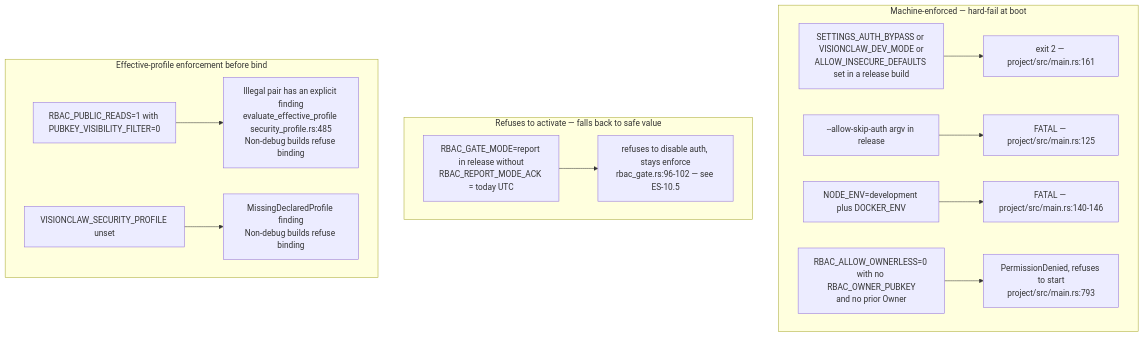
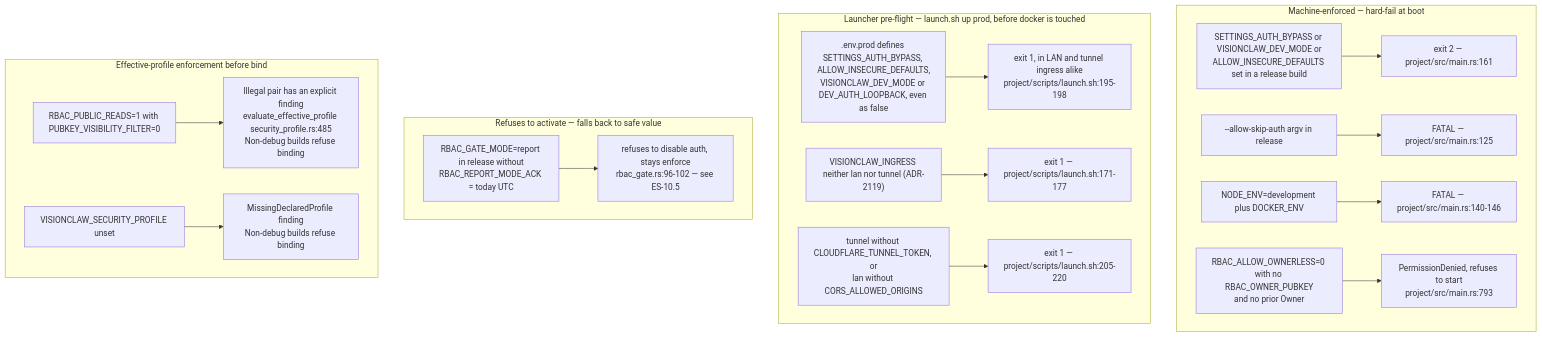
Before and after one commit to DreamLab-AI/VisionFlow: the fourth of 10 diagrams in docs/diagrams/estate/10-deployment-and-security-profiles.md, drawn with Mermaid. The commit also changed other lines of this file and 31 other files, not shown here.

````diff
--- a/docs/diagrams/estate/10-deployment-and-security-profiles.md
+++ b/docs/diagrams/estate/10-deployment-and-security-profiles.md
@@ -163,31 +167,42 @@
 ```mermaid
 flowchart TB
     subgraph hard["Machine-enforced — hard-fail at boot"]
         H1["SETTINGS_AUTH_BYPASS or VISIONCLAW_DEV_MODE or<br/>ALLOW_INSECURE_DEFAULTS set in a release build"]
         H1E["exit 2 — project/src/main.rs:161"]
         H2["--allow-skip-auth argv in release"]
         H2E["FATAL — project/src/main.rs:125"]
         H3["NODE_ENV=development plus DOCKER_ENV"]
         H3E["FATAL — project/src/main.rs:140-146"]
         H4["RBAC_ALLOW_OWNERLESS=0 with no RBAC_OWNER_PUBKEY<br/>and no prior Owner"]
         H4E["PermissionDenied, refuses to start<br/>project/src/main.rs:793"]
+    end
+    subgraph launcher["Launcher pre-flight — launch.sh up prod, before docker is touched"]
+        P1[".env.prod defines SETTINGS_AUTH_BYPASS, ALLOW_INSECURE_DEFAULTS,<br/>VISIONCLAW_DEV_MODE or DEV_AUTH_LOOPBACK, even as false"]
+        P1E["exit 1, in LAN and tunnel ingress alike<br/>project/scripts/launch.sh:195-198"]
+        P2["VISIONCLAW_INGRESS neither lan nor tunnel (ADR-2119)"]
+        P2E["exit 1 — project/scripts/launch.sh:171-177"]
+        P3["tunnel without CLOUDFLARE_TUNNEL_TOKEN, or<br/>lan without CORS_ALLOWED_ORIGINS"]
+        P3E["exit 1 — project/scripts/launch.sh:205-220"]
     end
     subgraph soft["Refuses to activate — falls back to safe value"]
         S1["RBAC_GATE_MODE=report in release without<br/>RBAC_REPORT_MODE_ACK = today UTC"]
         S1E["refuses to disable auth, stays enforce<br/>rbac_gate.rs:96-102 — see ES-10.5"]
     end
     subgraph none["Effective-profile enforcement before bind"]
         N1["RBAC_PUBLIC_READS=1 with PUBKEY_VISIBILITY_FILTER=0"]
         N1E["Illegal pair has an explicit finding<br/>evaluate_effective_profile security_profile.rs:485<br/>Non-debug builds refuse binding"]
         N2["VISIONCLAW_SECURITY_PROFILE unset"]
         N2E["MissingDeclaredProfile finding<br/>Non-debug builds refuse binding"]
     end
 
     H1 --> H1E
     H2 --> H2E
     H3 --> H3E
     H4 --> H4E
     S1 --> S1E
+    P1 --> P1E
+    P2 --> P2E
+    P3 --> P3E
     N1 --> N1E
     N2 --> N2E
 ```
````
